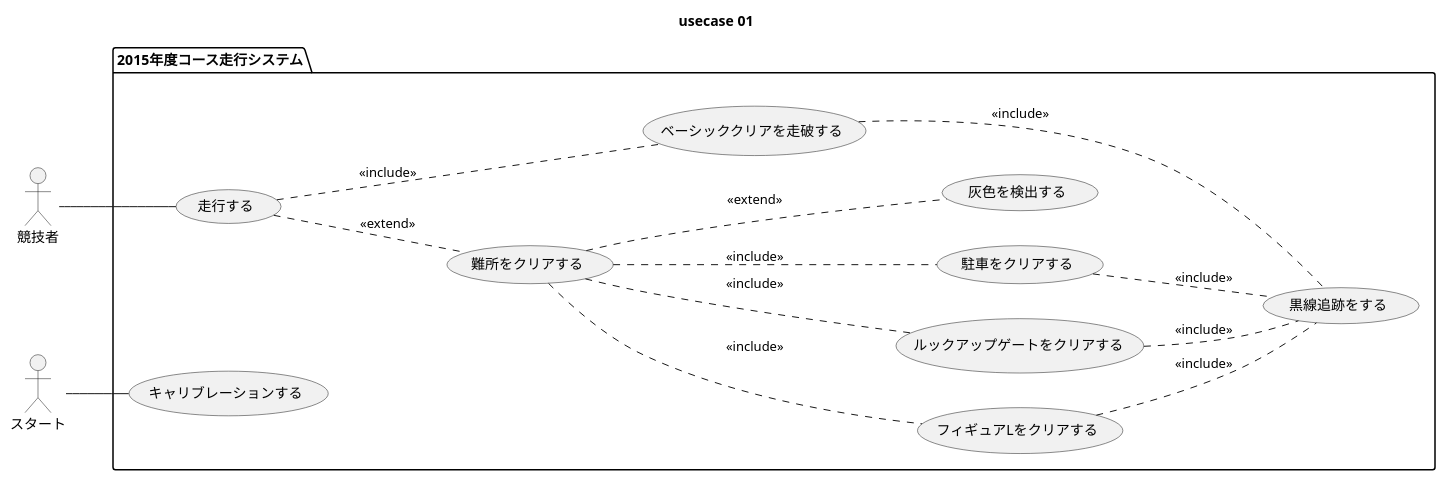
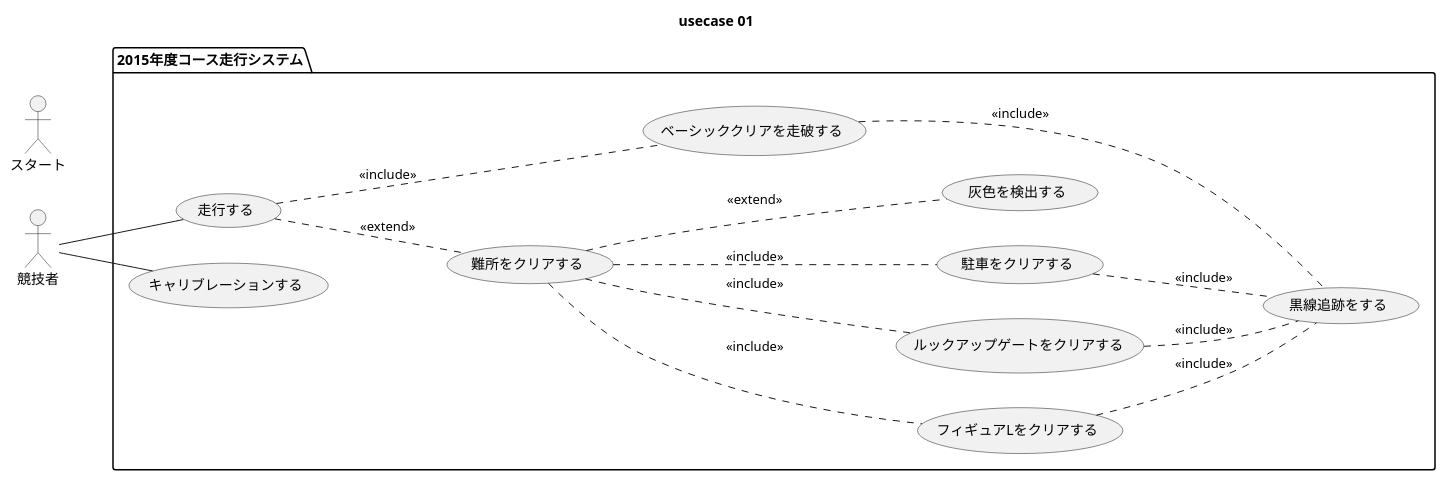
Before and after one commit to SLP-KBIT/ETR2015: the diagram in diagram/usecase/01/usecase.pu, drawn with PlantUML. The commit also changed 1 other file, not shown here.

```diff
--- a/diagram/usecase/01/usecase.pu
+++ b/diagram/usecase/01/usecase.pu
@@ -1,36 +1,36 @@
 @startuml
 
 title usecase 01
 
 actor 競技者 as user
 actor スタート as robo
 
 left to right direction
 
 package "2015年度コース走行システム" {
 
     usecase 走行する as run
     usecase 難所をクリアする as obs
     usecase キャリブレーションする as calib
     usecase ベーシッククリアを走破する as basic
     usecase フィギュアLをクリアする as figy
     usecase ルックアップゲートをクリアする as gate
     usecase 駐車をクリアする as park
     usecase 黒線追跡をする as trace
     usecase 灰色を検出する as glay
 }
 
 user -- run
-robo -- calib
+user -- calib
 run  .. obs   : <<extend>>
 run  .. basic : <<include>>
 obs  .. figy  : <<include>>
 obs  .. gate  : <<include>>
 obs  .. park  : <<include>>
 basic .. trace: <<include>>
 park .. trace : <<include>>
 gate .. trace : <<include>>
 figy .. trace : <<include>>
 obs .. glay   : <<extend>>
 
 @enduml
```
